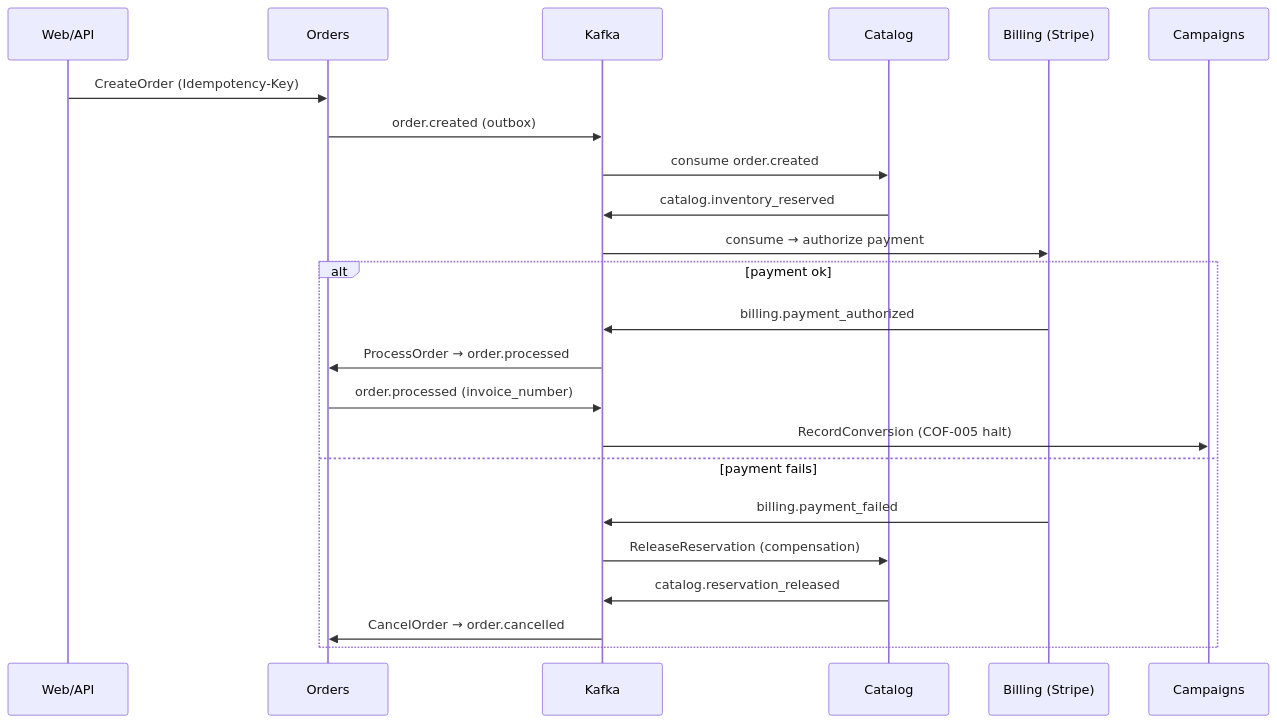
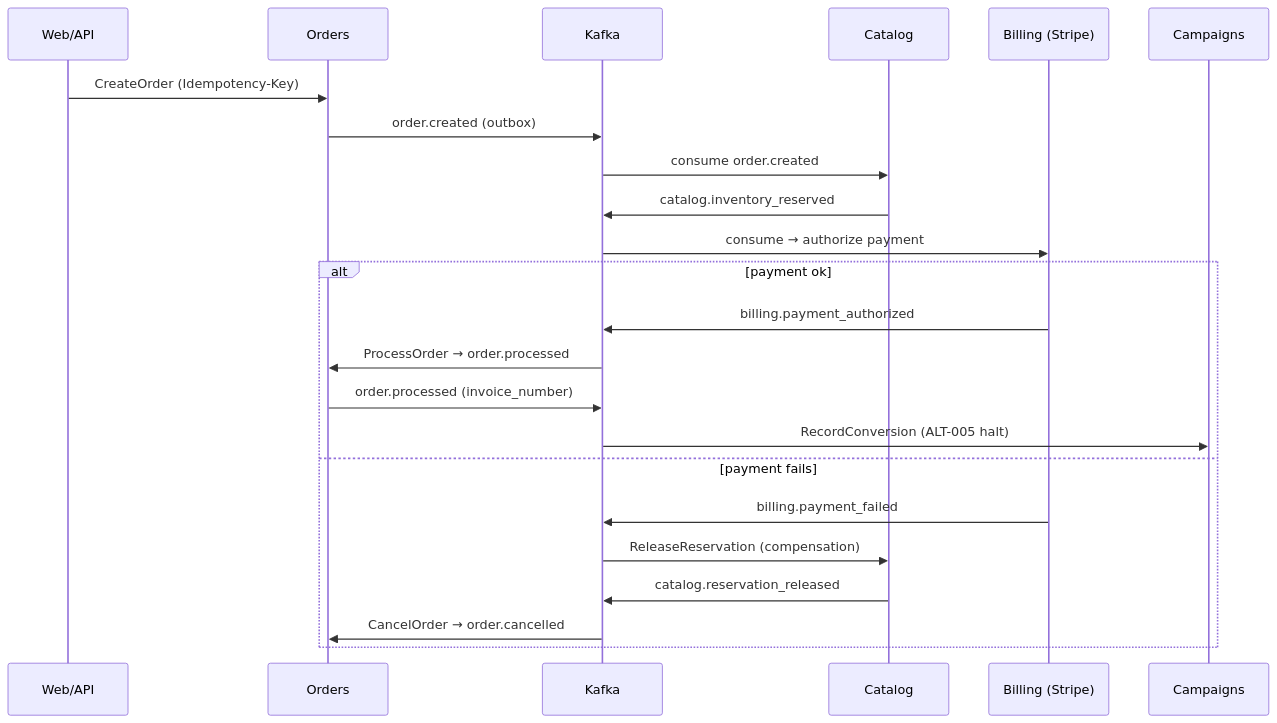
One commit to marcusdax/greensheet changed the eighth of 8 diagrams in engineering/01-domain-model-event-storming.md. Above: the diagram before and after it, drawn with Mermaid. The commit also changed other lines of this file and 129 other files, not shown here.

````diff
--- a/engineering/01-domain-model-event-storming.md
+++ b/engineering/01-domain-model-event-storming.md
@@ -394,26 +394,26 @@
 ```mermaid
 sequenceDiagram
     participant W as Web/API
     participant O as Orders
     participant K as Kafka
     participant C as Catalog
     participant B as Billing (Stripe)
     participant CMP as Campaigns
 
     W->>O: CreateOrder (Idempotency-Key)
     O->>K: order.created (outbox)
     K->>C: consume order.created
     C->>K: catalog.inventory_reserved
     K->>B: consume → authorize payment
     alt payment ok
         B->>K: billing.payment_authorized
         K->>O: ProcessOrder → order.processed
         O->>K: order.processed (invoice_number)
-        K->>CMP: RecordConversion (COF-005 halt)
+        K->>CMP: RecordConversion (ALT-005 halt)
     else payment fails
         B->>K: billing.payment_failed
         K->>C: ReleaseReservation (compensation)
         C->>K: catalog.reservation_released
         K->>O: CancelOrder → order.cancelled
     end
 ```
````
